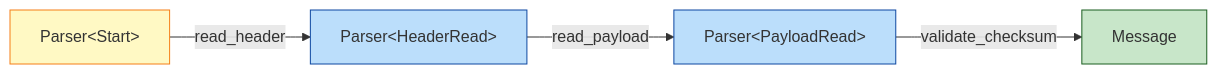
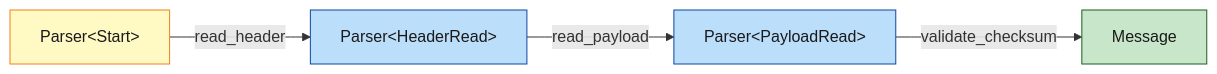
One commit to Felipeness/ferro-e-espirito changed the second of 2 diagrams in book/part-15-patterns-and-idioms/ch42-type-state.md. Above: the diagram before and after it, drawn with Mermaid. The commit also changed 56 other files, not shown here.

First line of the commit message:
fix: contraste de texto em diagramas mermaid

````diff
--- a/book/part-15-patterns-and-idioms/ch42-type-state.md
+++ b/book/part-15-patterns-and-idioms/ch42-type-state.md
@@ -288,11 +288,11 @@
 ```mermaid
 graph LR
     Start[Parser&lt;Start&gt;] -->|read_header| Header[Parser&lt;HeaderRead&gt;]
     Header -->|read_payload| Payload[Parser&lt;PayloadRead&gt;]
     Payload -->|validate_checksum| Done[Message]
 
-    style Start fill:#fff9c4,stroke:#f57f17
-    style Header fill:#bbdefb,stroke:#0d47a1
-    style Payload fill:#bbdefb,stroke:#0d47a1
-    style Done fill:#c8e6c9,stroke:#1b5e20
+    style Start fill:#fff9c4,stroke:#f57f17,color:#1a1a1a
+    style Header fill:#bbdefb,stroke:#0d47a1,color:#1a1a1a
+    style Payload fill:#bbdefb,stroke:#0d47a1,color:#1a1a1a
+    style Done fill:#c8e6c9,stroke:#1b5e20,color:#1a1a1a
 ```
````
